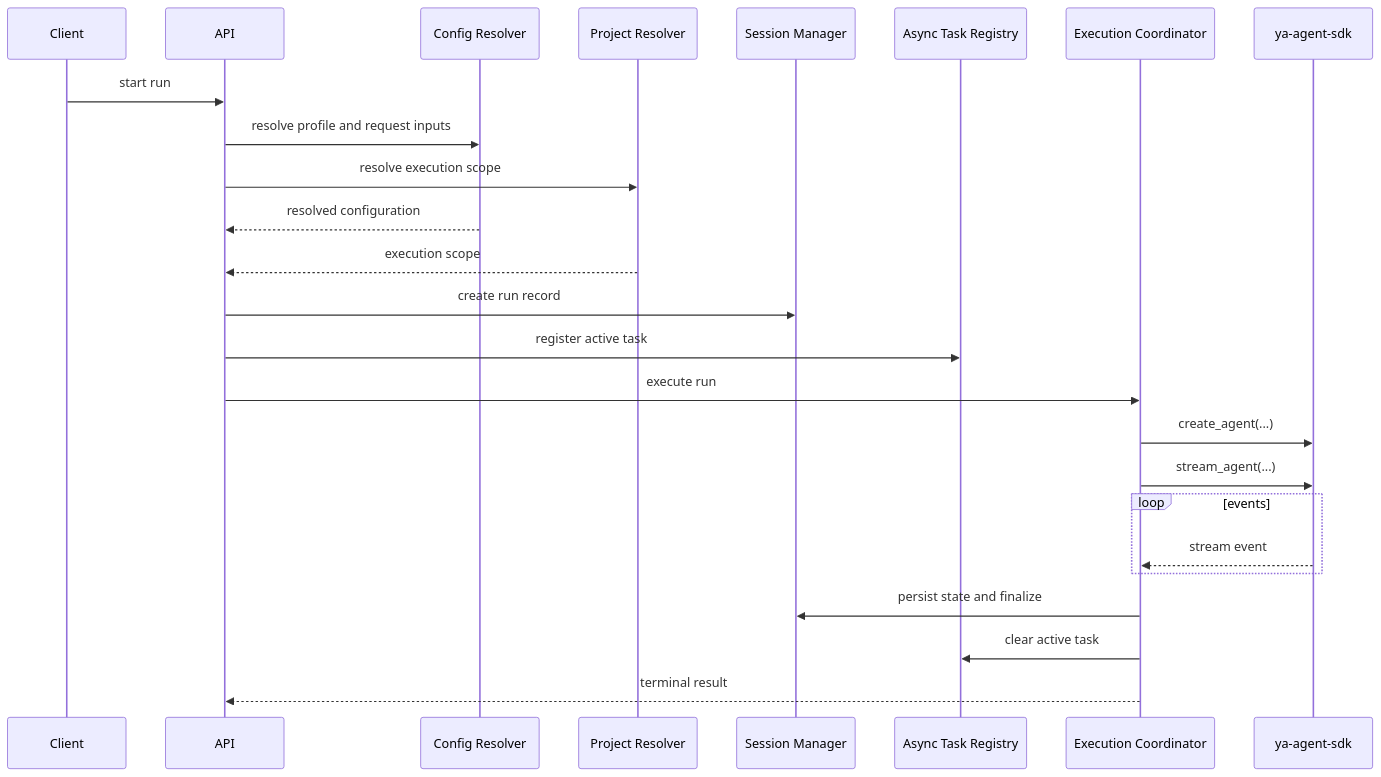
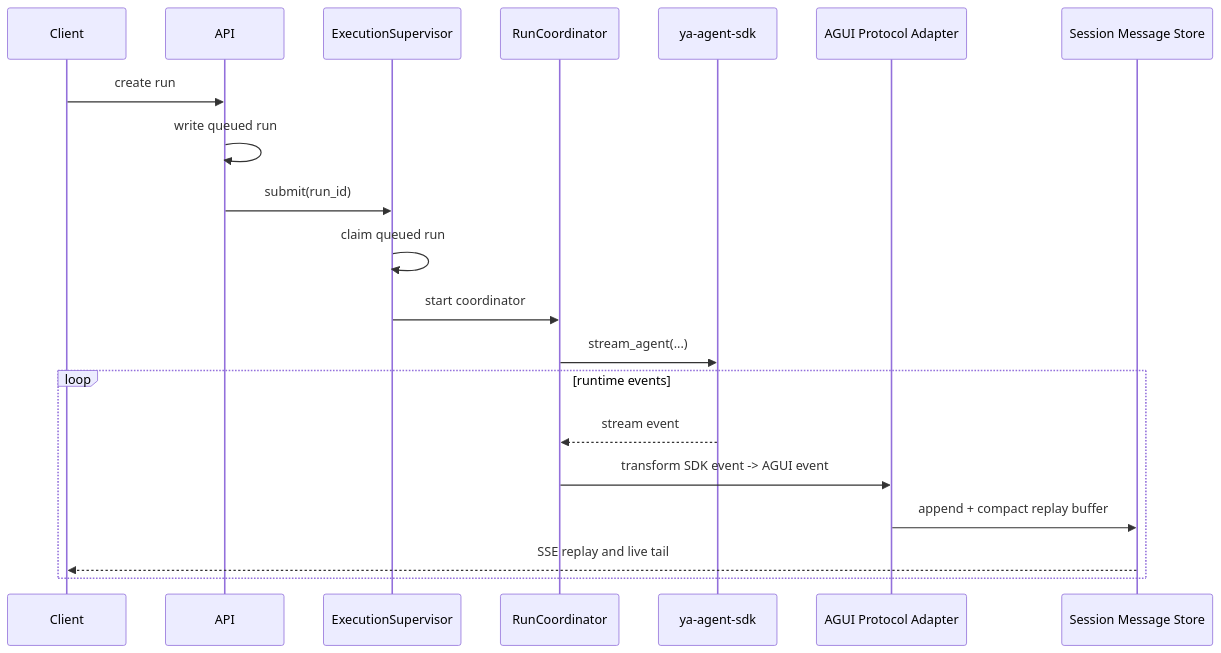
The third of 3 diagrams in packages/ya-claw/spec/02-execution-and-session.md (Wh1isper/ya-mono), drawn with Mermaid before and after one commit. The commit also changed other lines of this file and 59 other files, not shown here.

First line of the commit message:
feat(ya-claw): standardize AGUI replay and runtime defaults (#126)

````diff
--- a/packages/ya-claw/spec/02-execution-and-session.md
+++ b/packages/ya-claw/spec/02-execution-and-session.md
@@ -7,28 +187,23 @@
 ```mermaid
 sequenceDiagram
     participant Client
     participant API
-    participant CFG as Config Resolver
-    participant PROJ as Project Resolver
-    participant SESS as Session Manager
-    participant TASKS as Async Task Registry
-    participant EXEC as Execution Coordinator
+    participant SUP as ExecutionSupervisor
+    participant COORD as RunCoordinator
     participant SDK as ya-agent-sdk
+    participant ADAPTER as AGUI Protocol Adapter
+    participant STORE as Session Message Store
 
-    Client->>API: start run
-    API->>CFG: resolve profile and request inputs
-    API->>PROJ: resolve execution scope
-    CFG-->>API: resolved configuration
-    PROJ-->>API: execution scope
-    API->>SESS: create run record
-    API->>TASKS: register active task
-    API->>EXEC: execute run
-    EXEC->>SDK: create_agent(...)
-    EXEC->>SDK: stream_agent(...)
-    loop events
-        SDK-->>EXEC: stream event
+    Client->>API: create run
+    API->>API: write queued run
+    API->>SUP: submit(run_id)
+    SUP->>SUP: claim queued run
+    SUP->>COORD: start coordinator
+    COORD->>SDK: stream_agent(...)
+    loop runtime events
+        SDK-->>COORD: stream event
+        COORD->>ADAPTER: transform SDK event -> AGUI event
+        ADAPTER->>STORE: append + compact replay buffer
+        STORE-->>Client: SSE replay and live tail
     end
-    EXEC->>SESS: persist state and finalize
-    EXEC->>TASKS: clear active task
-    EXEC-->>API: terminal result
 ```
````
